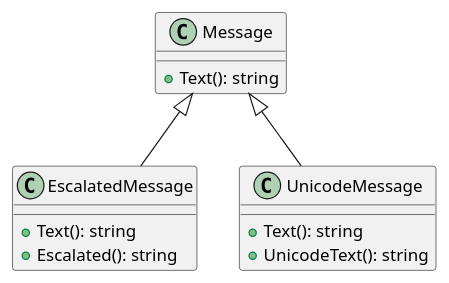
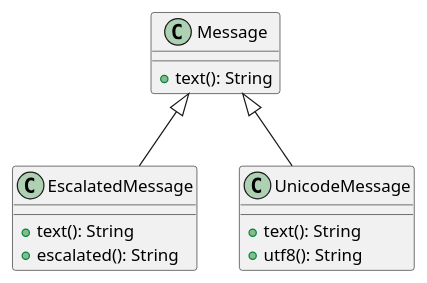
The first of 2 diagrams in assets/mixin-diamond.plantuml (hsro-inf-prg3/hsro-inf-prg3.github.io), drawn with PlantUML before and after one commit. The commit also changed other lines of this file and 2 other files, not shown here.

Commit message:
Cosmetics for Mixin UML

```diff
--- a/assets/mixin-diamond.plantuml
+++ b/assets/mixin-diamond.plantuml
@@ -1,18 +1,18 @@
 @startuml mixin-diamond-1
 
 class Message {
-	+Text(): string
+	+text(): String
 }
 
 class EscalatedMessage extends Message {
-	+Text(): string
-	+Escalated(): string
+	+text(): String
+	+escalated(): String
 }
 
 class UnicodeMessage extends Message {
-	+Text(): string
-	+UnicodeText(): string
+	+text(): String
+	+utf8(): String
 }
 
 
 @enduml
```
